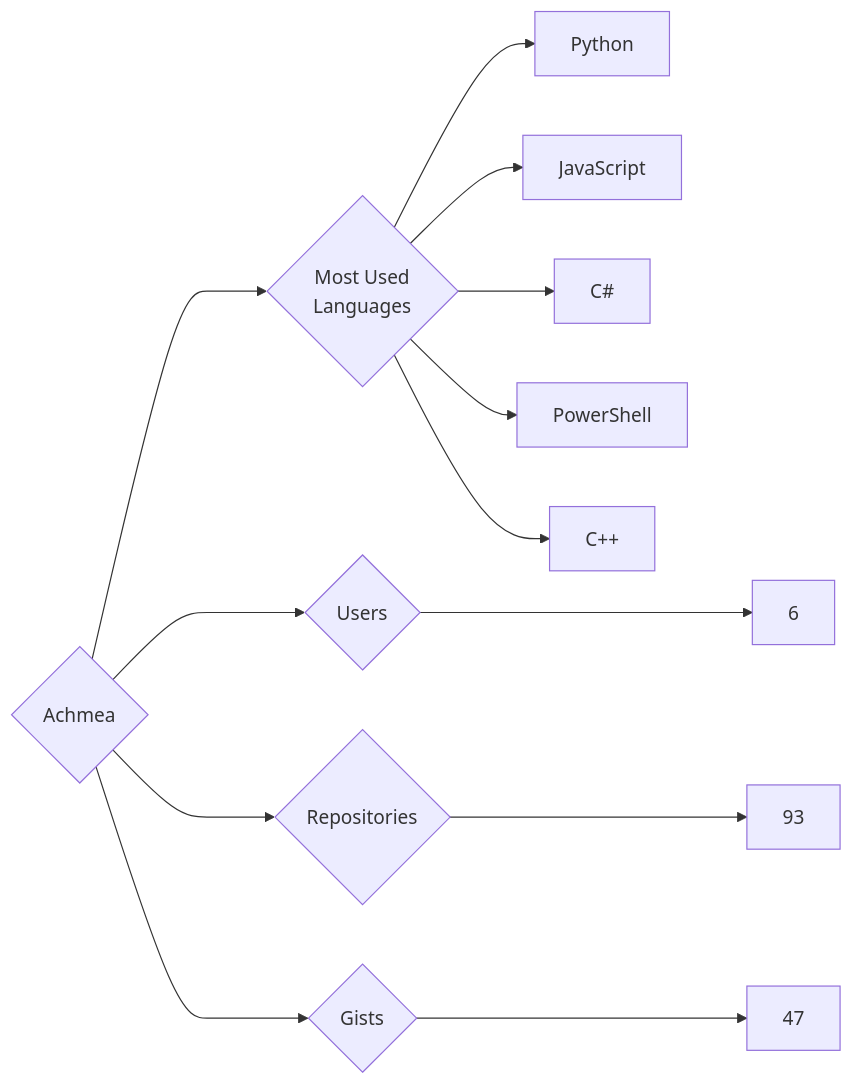
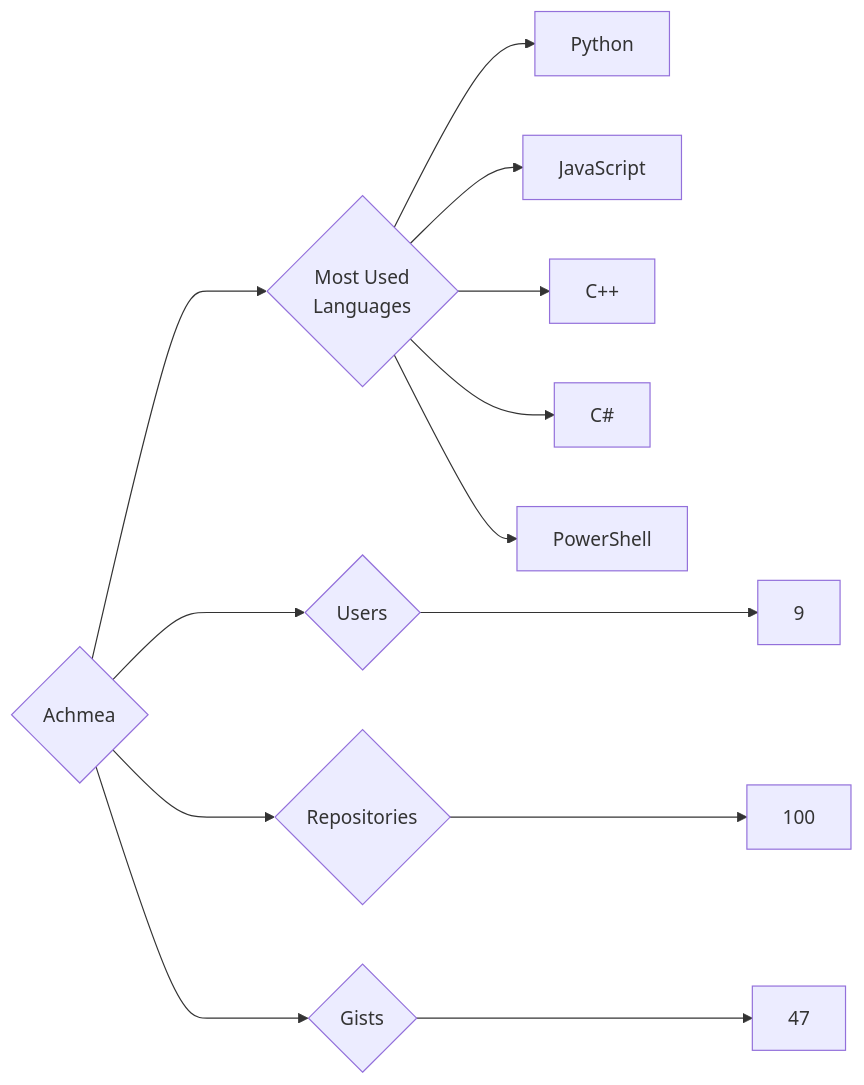
Before and after one commit to trickest/insiders: the diagram in targets/Achmea/README.md, drawn with Mermaid. The commit also changed 860 other files, not shown here.

````diff
--- a/targets/Achmea/README.md
+++ b/targets/Achmea/README.md
@@ -3,13 +3,13 @@
 ```mermaid
 graph LR
 COMPANY_NAME{Achmea}
-COMPANY_NAME ---> U{Users} ---> UN[6]
-COMPANY_NAME ---> R{Repositories} ---> RN[93]
+COMPANY_NAME ---> U{Users} ---> UN[9]
+COMPANY_NAME ---> R{Repositories} ---> RN[100]
 COMPANY_NAME ---> G{Gists} ---> GN[47]
 COMPANY_NAME ---> ML{Most Used<br>Languages}
 ML --> Python[Python]
 ML --> JavaScript[JavaScript]
+ML --> C++[C++]
 ML --> C#[C#]
 ML --> PowerShell[PowerShell]
-ML --> C++[C++]
 ```
````
